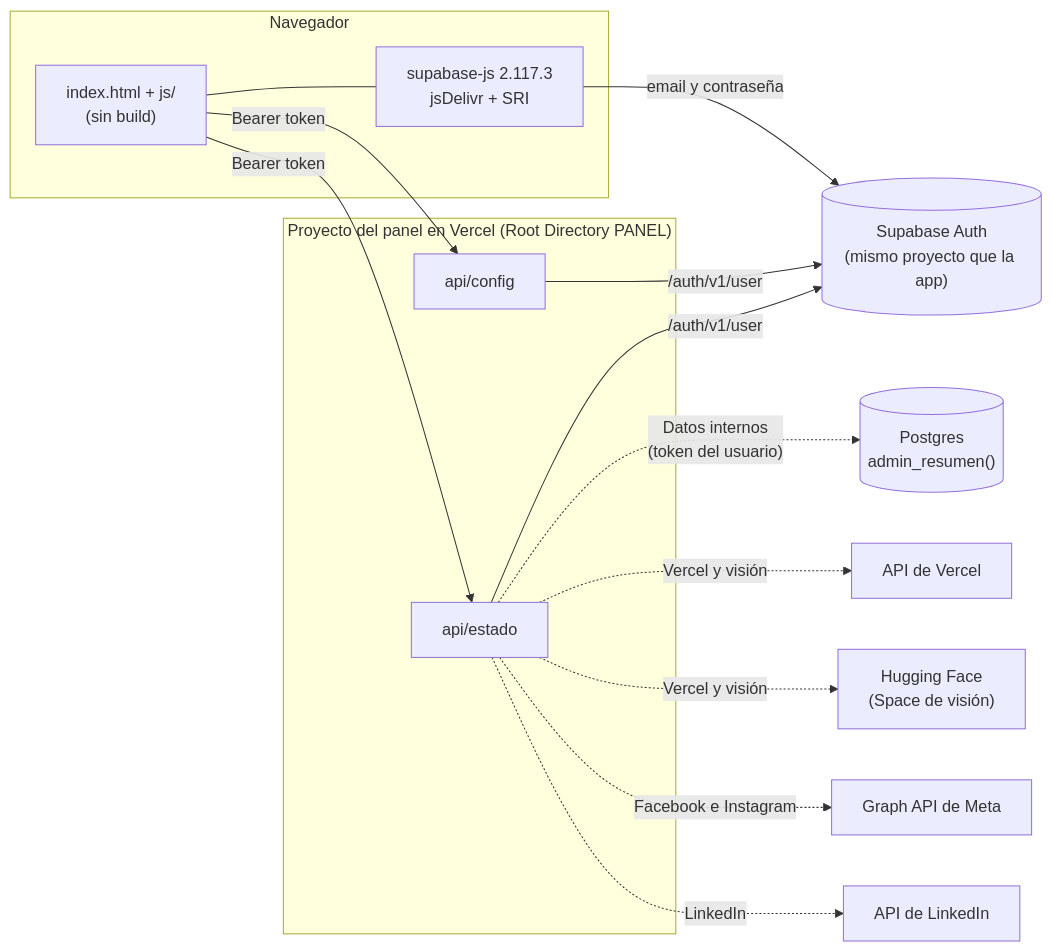
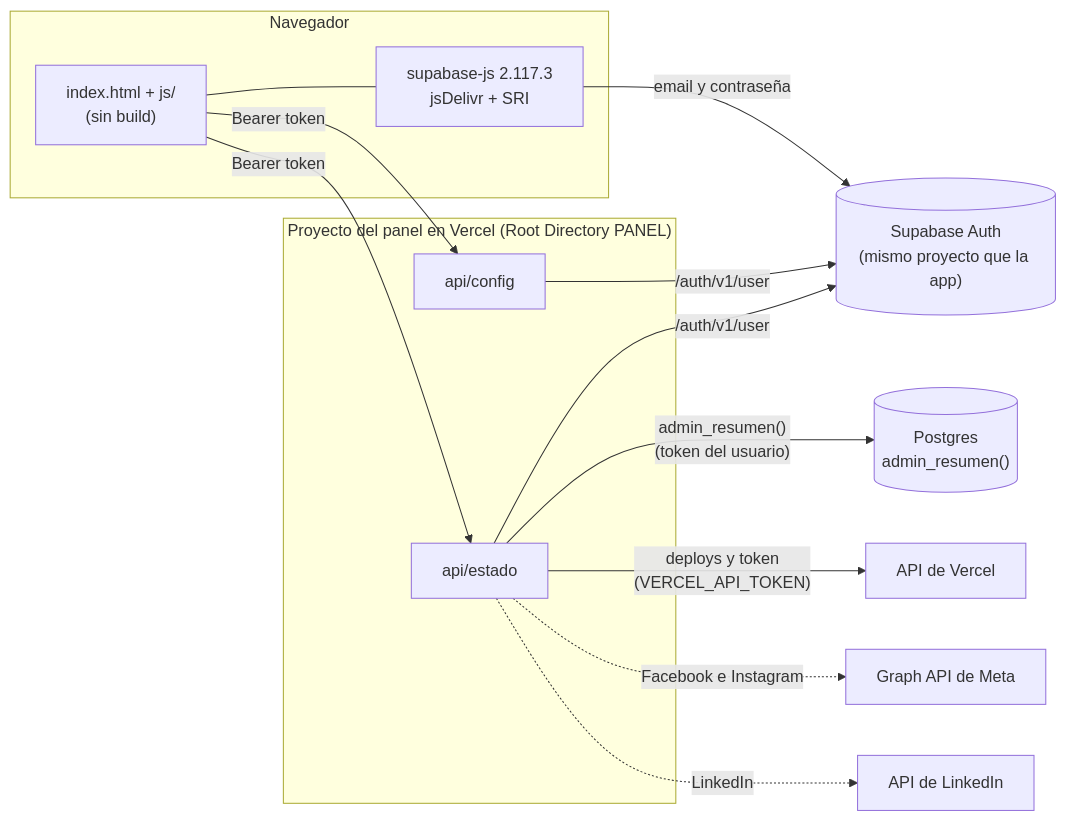
The diagram in PANEL/DISEÑO.md (Emontone21/ANIMALES), drawn with Mermaid before and after one commit. The commit also changed other lines of this file and 27 other files, not shown here.

First line of the commit message:
panel: datos de la app, Supabase, el reconocimiento y Vercel

````diff
--- a/PANEL/DISEÑO.md
+++ b/PANEL/DISEÑO.md
@@ -51,29 +50,27 @@
 ```mermaid
 flowchart LR
   subgraph Navegador
     PAG["index.html + js/<br/>(sin build)"]
     LIB["supabase-js 2.117.3<br/>jsDelivr + SRI"]
   end
   subgraph Vercel["Proyecto del panel en Vercel (Root Directory PANEL)"]
     CONFIG["api/config"]
     ESTADO["api/estado"]
   end
   AUTH[("Supabase Auth<br/>(mismo proyecto que la app)")]
   BASE[("Postgres<br/>admin_resumen()")]
   VAPI["API de Vercel"]
-  HF["Hugging Face<br/>(Space de visión)"]
   META["Graph API de Meta"]
   LI["API de LinkedIn"]
 
   PAG --- LIB
   LIB -- "email y contraseña" --> AUTH
   PAG -- "Bearer token" --> CONFIG
   PAG -- "Bearer token" --> ESTADO
   CONFIG -- "/auth/v1/user" --> AUTH
   ESTADO -- "/auth/v1/user" --> AUTH
-  ESTADO -. "Datos internos<br/>(token del usuario)" .-> BASE
-  ESTADO -. "Vercel y visión" .-> VAPI
-  ESTADO -. "Vercel y visión" .-> HF
+  ESTADO -- "admin_resumen()<br/>(token del usuario)" --> BASE
+  ESTADO -- "deploys y token<br/>(VERCEL_API_TOKEN)" --> VAPI
   ESTADO -. "Facebook e Instagram" .-> META
   ESTADO -. "LinkedIn" .-> LI
 ```
````
